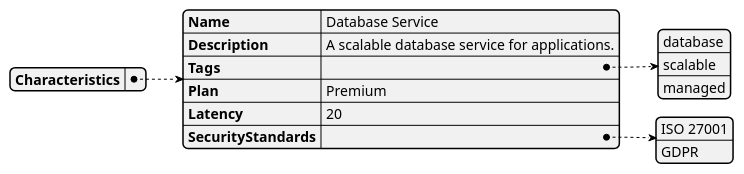
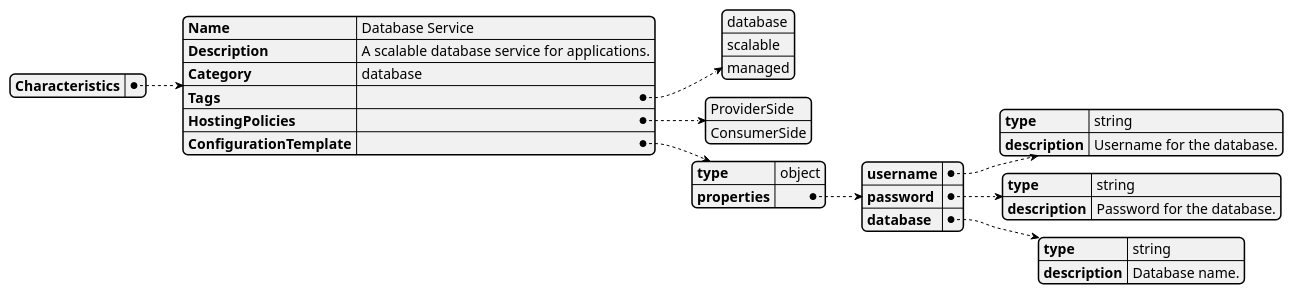
Before and after one commit to fluidos-project/REAR-data-models: the diagram in puml/models/examples/flavor-types/service.puml, drawn with PlantUML. The commit also changed 39 other files, not shown here.

```diff
--- a/puml/models/examples/flavor-types/service.puml
+++ b/puml/models/examples/flavor-types/service.puml
@@ -1,20 +1,36 @@
 @startjson
 {
     "Characteristics": {
         "Name": "Database Service",
         "Description": "A scalable database service for applications.",
+        "Category": "database",
         "Tags": [
             "database",
             "scalable",
             "managed"
         ],
-        "Plan": "Premium",
-        "Latency": 20,
-        "SecurityStandards": [
-            "ISO 27001",
-            "GDPR"
-        ]
+        "HostingPolicies": [
+            "ProviderSide",
+            "ConsumerSide"
+        ],
+        "ConfigurationTemplate": {
+            "type": "object",
+            "properties": {
+                "username": {
+                    "type": "string",
+                    "description": "Username for the database."
+                },
+                "password": {
+                    "type": "string",
+                    "description": "Password for the database."
+                },
+                "database": {
+                    "type": "string",
+                    "description": "Database name."
+                }
+            }
+        }
     }
 }
 
 @endjson
```
